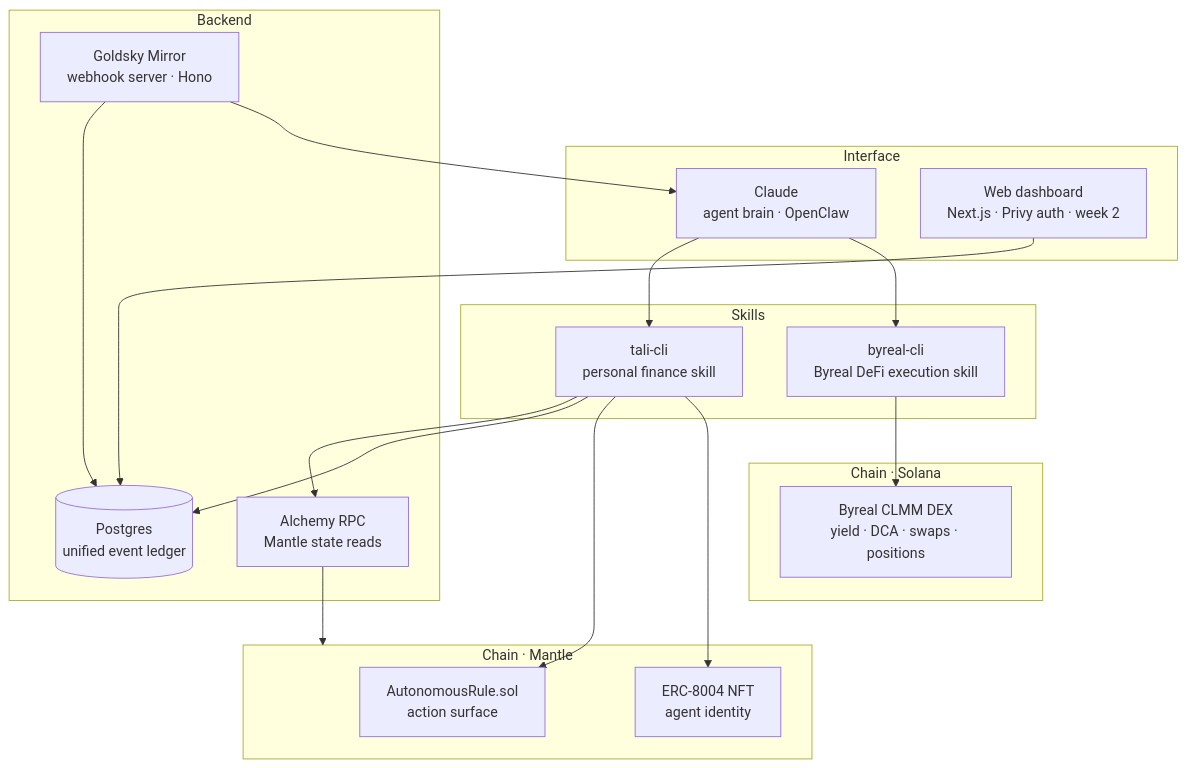
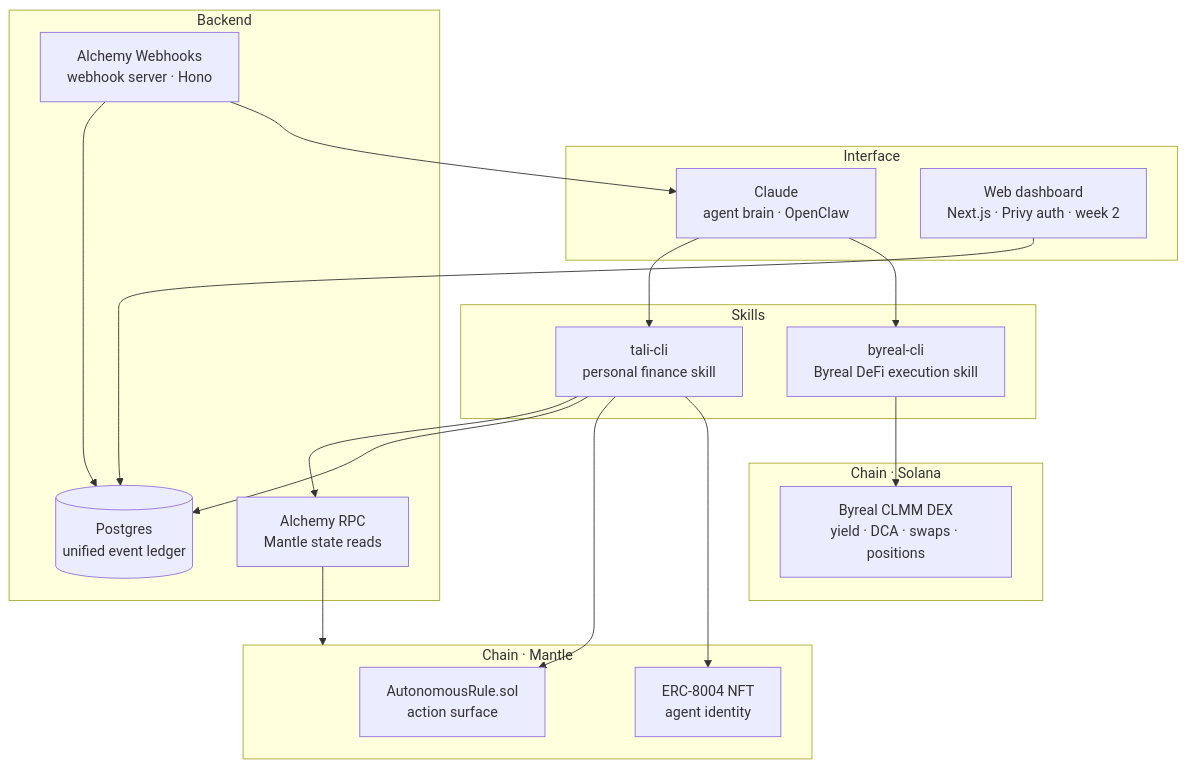
One commit to aliyanamu/tali changed the first of 3 diagrams in docs/architecture.md. Above: the diagram before and after it, drawn with Mermaid. The commit also changed other lines of this file and 1 other file, not shown here.

First line of the commit message:
chore: swap Goldsky for Alchemy Webhooks; note Goldsky for scale

````diff
--- a/docs/architecture.md
+++ b/docs/architecture.md
@@ -11,39 +11,39 @@
 ```mermaid
 graph TD
     subgraph Interface
         CL[Claude<br/>agent brain · OpenClaw]
         WEB[Web dashboard<br/>Next.js · Privy auth · week 2]
     end
 
     subgraph Skills
         TALI[tali-cli<br/>personal finance skill]
         BYREAL[byreal-cli<br/>Byreal DeFi execution skill]
     end
 
     subgraph Backend
-        GS[Goldsky Mirror<br/>webhook server · Hono]
+        GS[Alchemy Webhooks<br/>webhook server · Hono]
         PG[(Postgres<br/>unified event ledger)]
         ALC[Alchemy RPC<br/>Mantle state reads]
     end
 
     subgraph Mantle[Chain · Mantle]
         AR[AutonomousRule.sol<br/>action surface]
         NFT[ERC-8004 NFT<br/>agent identity]
     end
 
     subgraph Solana[Chain · Solana]
         DEX[Byreal CLMM DEX<br/>yield · DCA · swaps · positions]
     end
 
     CL --> TALI
     CL --> BYREAL
     WEB --> PG
     TALI --> ALC
     TALI --> PG
     TALI --> AR
     TALI --> NFT
     GS --> PG
     GS --> CL
     ALC --> Mantle
     BYREAL --> DEX
 ```
````
